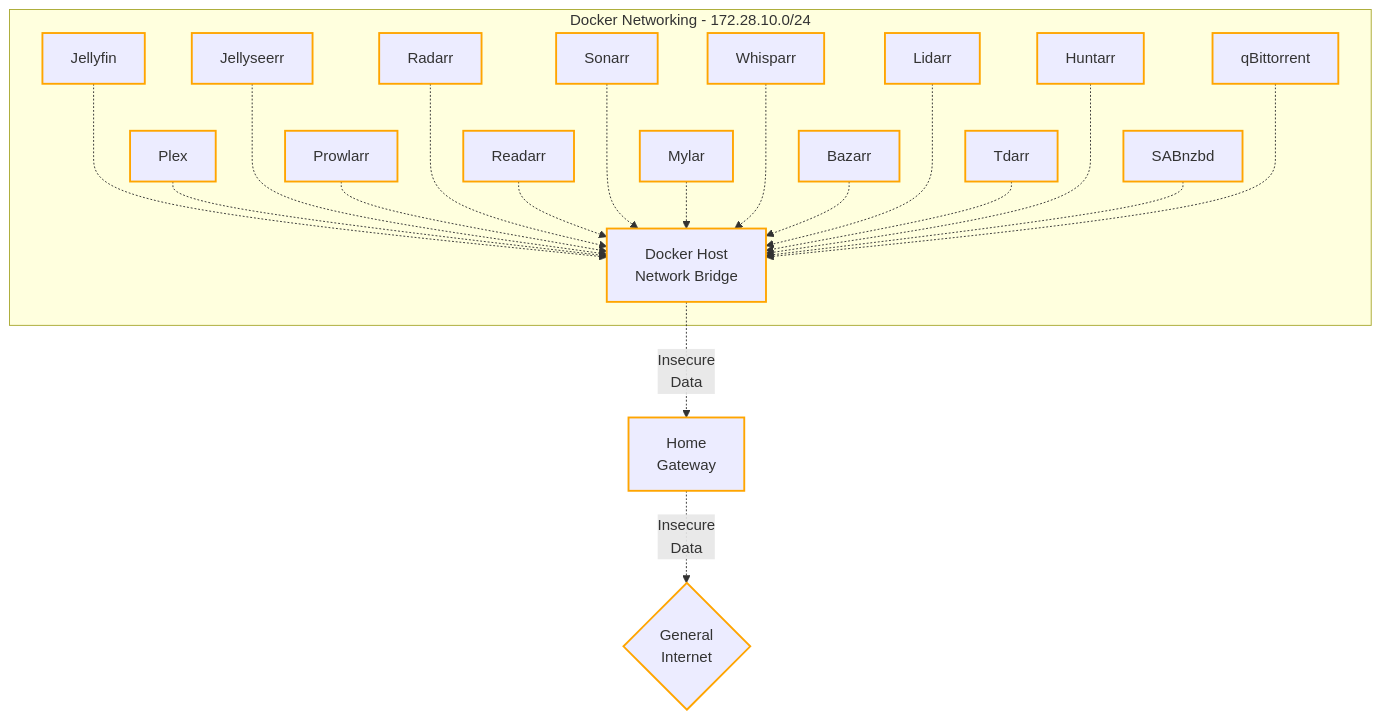
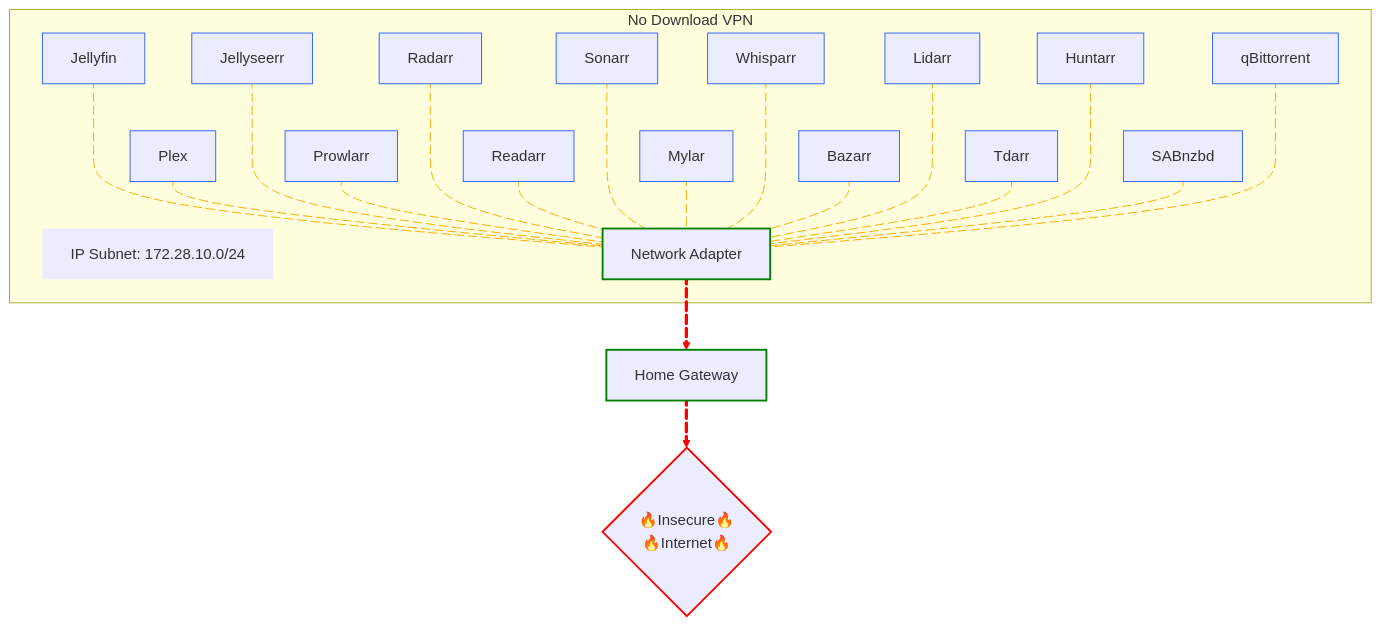
One commit to avnit/mediastack changed the third of 6 diagrams in base-working-files/README.md. Above: the diagram before and after it, drawn with Mermaid. The commit also changed other lines of this file and 4 other files, not shown here.

Commit message:
Update network architecture diagrams

````diff
--- a/base-working-files/README.md
+++ b/base-working-files/README.md
@@ -237,42 +360,98 @@
 ``` mermaid
-graph TD
-    subgraph DockerNet[<center>Docker Networking - 172.28.10.0/24</center>]
-        Jellyfin -..-> NIC
-        Plex -.-> NIC
-        Jellyseerr -..-> NIC
-        Prowlarr -.-> NIC
-        Radarr -..-> NIC
-        Readarr -.-> NIC
-        Sonarr -..-> NIC
-        Mylar -.-> NIC
-        Whisparr -..-> NIC
-        Bazarr -.-> NIC
-        Lidarr -..-> NIC
-        Tdarr -.-> NIC
-        Huntarr -..-> NIC
-        SABnzbd -.-> NIC
-        qBittorrent -..-> NIC
-        NIC[Docker Host</br>Network Bridge]
-    end
-    NIC -.->| Insecure</br>Data | Gateway[<center>Home</br>Gateway</center>]
-    Gateway -.->| Insecure</br>Data |Internet{<center>General</br>Internet</center>}
-    
-    style Bazarr      stroke:orange,stroke-width:2px
-    style Lidarr      stroke:orange,stroke-width:2px
-    style Mylar       stroke:orange,stroke-width:2px
-    style Prowlarr    stroke:orange,stroke-width:2px
-    style Radarr      stroke:orange,stroke-width:2px
-    style Readarr     stroke:orange,stroke-width:2px
-    style Sonarr      stroke:orange,stroke-width:2px
-    style Tdarr       stroke:orange,stroke-width:2px
-    style Whisparr    stroke:orange,stroke-width:2px
-    style Jellyfin    stroke:orange,stroke-width:2px
-    style Plex        stroke:orange,stroke-width:2px
-    style qBittorrent stroke:orange,stroke-width:2px
-    style Jellyseerr  stroke:orange,stroke-width:2px
-    style Huntarr     stroke:orange,stroke-width:2px
-    style SABnzbd     stroke:orange,stroke-width:2px
-    style NIC         stroke:orange,stroke-width:2px
-    style Gateway     stroke:orange,stroke-width:2px
-    style Internet    stroke:orange,stroke-width:2px
+flowchart TD
+  subgraph DockerNet["No Download VPN"]
+    Jellyfin
+    Plex
+    Jellyseerr
+    Prowlarr
+    Radarr
+    Readarr
+    Sonarr
+    Mylar
+    Whisparr
+    Bazarr
+    Lidarr
+    Tdarr
+    Huntarr
+    SABnzbd
+    qBittorrent
+    Label@{ label: "<div style=\"color:\"><span style=\"color:\">IP Subnet: 172.28.10.0/24</span></div>" }
+    NIC["Network Adapter"]
+  end
+
+  Jellyfin     Jellyfin_NIC@     ---- NIC
+  Plex         Plex_NIC@         ---  NIC
+  Jellyseerr   Jellyseerr_NIC@   ---- NIC
+  Prowlarr     Prowlarr_NIC@     ---  NIC
+  Radarr       Radarr_NIC@       ---- NIC
+  Readarr      Readarr_NIC@      ---  NIC
+  Sonarr       Sonarr_NIC@       ---- NIC
+  Mylar        Mylar_NIC@        ---  NIC
+  Whisparr     Whisparr_NIC@     ---- NIC
+  Bazarr       Bazarr_NIC@       ---  NIC
+  Lidarr       Lidarr_NIC@       ---- NIC
+  Tdarr        Tdarr_NIC@        ---  NIC
+  Huntarr      Huntarr_NIC@      ---- NIC
+  SABnzbd      SABnzbd_NIC@      ---  NIC
+  qBittorrent  qBittorrent_NIC@  ---- NIC
+  NIC          NIC_Gateway@      ==>  Gateway
+  Gateway      Gateway_VPN@      ==>  Internet
+  Gateway["Home Gateway"]
+  Internet{"🔥Insecure🔥<br>🔥Internet🔥"}
+  
+  style Jellyfin     stroke:#2962FF
+  style Plex         stroke:#2962FF
+  style Jellyseerr   stroke:#2962FF
+  style Prowlarr     stroke:#2962FF
+  style Radarr       stroke:#2962FF
+  style Readarr      stroke:#2962FF
+  style Sonarr       stroke:#2962FF
+  style Mylar        stroke:#2962FF
+  style Whisparr     stroke:#2962FF
+  style Bazarr       stroke:#2962FF
+  style Lidarr       stroke:#2962FF
+  style Tdarr        stroke:#2962FF
+  style Huntarr      stroke:#2962FF
+  style SABnzbd      stroke:#2962FF
+  style qBittorrent  stroke:#2962FF
+  style Label        stroke:none
+  style NIC          stroke:green,    stroke-width:2px
+  style Gateway      stroke:green,    stroke-width:2px
+  style Internet     stroke:red,      stroke-width:2px
+  
+  linkStyle 0       stroke:orange
+  linkStyle 1       stroke:orange
+  linkStyle 2       stroke:orange
+  linkStyle 3       stroke:orange
+  linkStyle 4       stroke:orange
+  linkStyle 5       stroke:orange
+  linkStyle 6       stroke:orange
+  linkStyle 7       stroke:orange
+  linkStyle 8       stroke:orange
+  linkStyle 9       stroke:orange
+  linkStyle 10      stroke:orange
+  linkStyle 11      stroke:orange
+  linkStyle 12      stroke:orange
+  linkStyle 13      stroke:orange
+  linkStyle 14      stroke:orange
+  linkStyle 15      stroke:red
+  linkStyle 16      stroke:red
+
+  Jellyfin_NIC@{         animation: fast }
+  Plex_NIC@{             animation: fast }
+  Jellyseerr_NIC@{       animation: fast }
+  Prowlarr_NIC@{         animation: fast }
+  Radarr_NIC@{           animation: fast }
+  Readarr_NIC@{          animation: fast }
+  Sonarr_NIC@{           animation: fast }
+  Mylar_NIC@{            animation: fast }
+  Whisparr_NIC@{         animation: fast }
+  Bazarr_NIC@{           animation: fast }
+  Lidarr_NIC@{           animation: fast }
+  Tdarr_NIC@{            animation: fast }
+  Huntarr_NIC@{          animation: fast }
+  SABnzbd_NIC@{          animation: fast }
+  qBittorrent_NIC@{      animation: fast }
+  NIC_Gateway@{          animation: slow }
+  Gateway_VPN@{          animation: slow }
 ```
````
